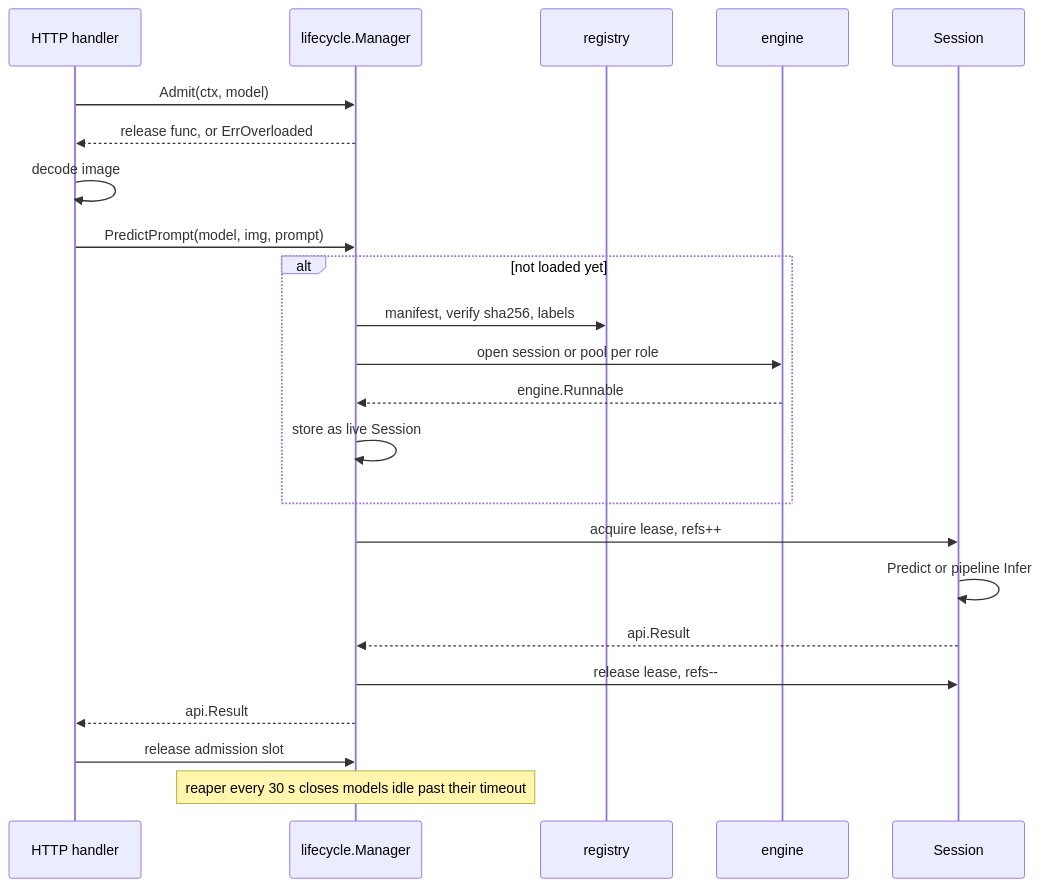
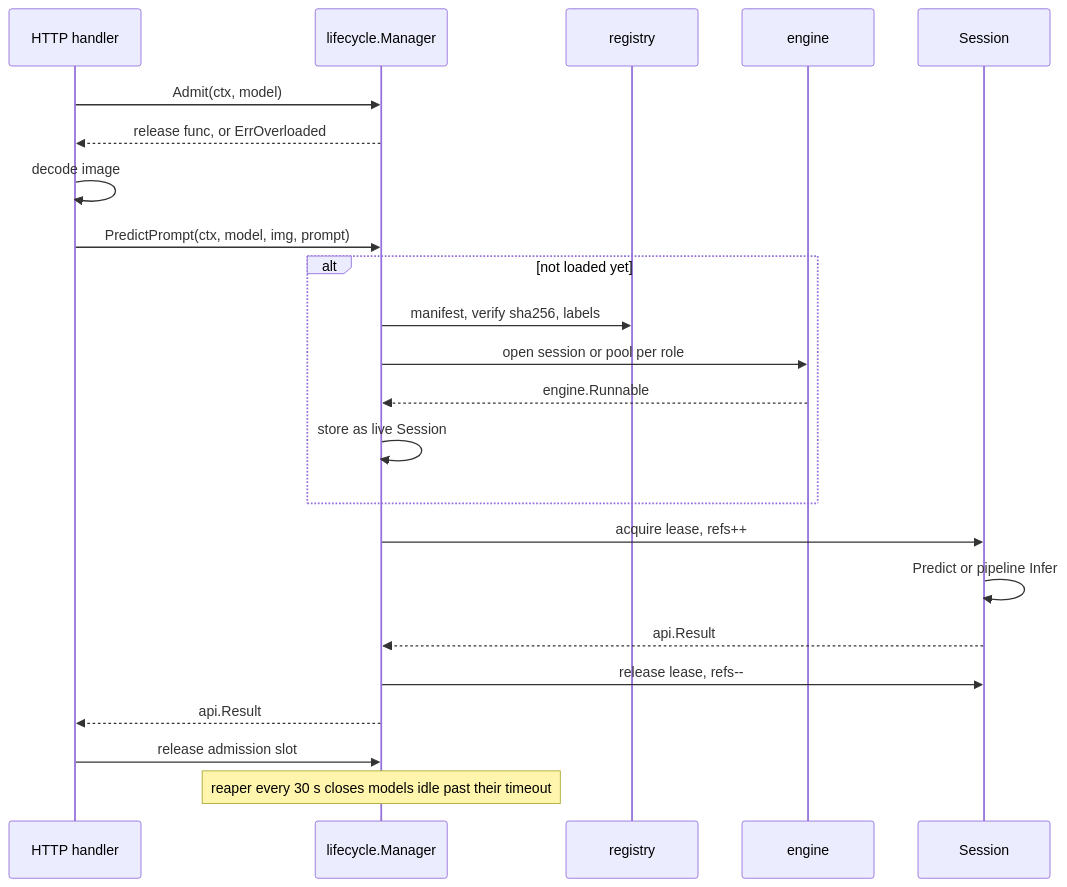
Before and after one commit to mtbui2010/vision_serve: the diagram in website/docs/architecture/lifecycle.md, drawn with Mermaid. The commit also changed other lines of this file and 16 other files, not shown here.

````diff
--- a/website/docs/architecture/lifecycle.md
+++ b/website/docs/architecture/lifecycle.md
@@ -15,26 +15,26 @@
 ```mermaid
 sequenceDiagram
     participant H as HTTP handler
     participant M as lifecycle.Manager
     participant R as registry
     participant E as engine
     participant S as Session
 
     H->>M: Admit(ctx, model)
     M-->>H: release func, or ErrOverloaded
     H->>H: decode image
-    H->>M: PredictPrompt(model, img, prompt)
+    H->>M: PredictPrompt(ctx, model, img, prompt)
     alt not loaded yet
         M->>R: manifest, verify sha256, labels
         M->>E: open session or pool per role
         E-->>M: engine.Runnable
         M->>M: store as live Session
     end
     M->>S: acquire lease, refs++
     S->>S: Predict or pipeline Infer
     S-->>M: api.Result
     M->>S: release lease, refs--
     M-->>H: api.Result
     H->>M: release admission slot
     Note over M: reaper every 30 s closes models idle past their timeout
 ```
````
